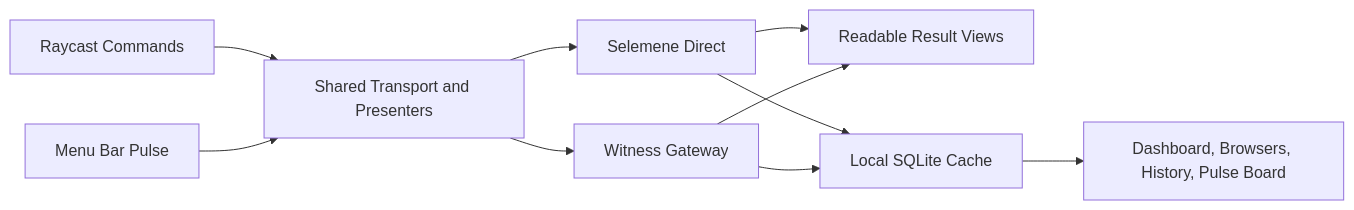
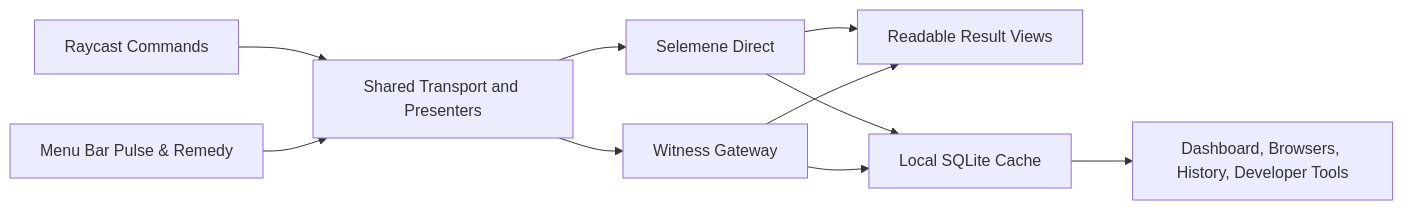
The diagram in README.md (Sheshiyer/noesis), drawn with Mermaid before and after one commit. The commit also changed other lines of this file and 38 other files, not shown here.

````diff
--- a/README.md
+++ b/README.md
@@ -51,12 +53,12 @@
 ```mermaid
 flowchart LR
     A["Raycast Commands"] --> B["Shared Transport and Presenters"]
-    M["Menu Bar Pulse"] --> B
+    M["Menu Bar Pulse & Remedy"] --> B
     B --> C["Selemene Direct"]
     B --> D["Witness Gateway"]
     C --> E["Readable Result Views"]
     D --> E
     C --> F["Local SQLite Cache"]
     D --> F
-    F --> G["Dashboard, Browsers, History, Pulse Board"]
+    F --> G["Dashboard, Browsers, History, Developer Tools"]
 ```
````
